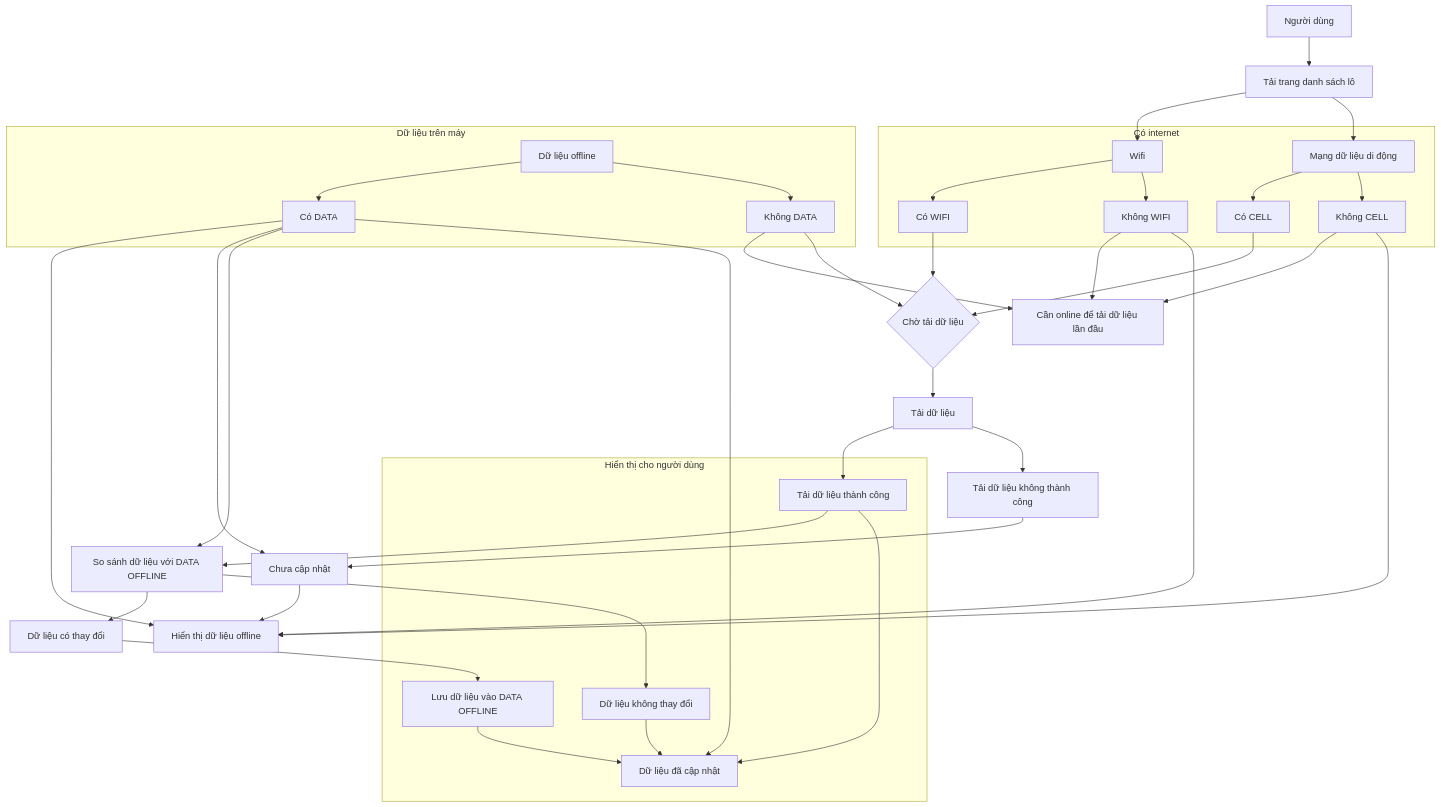
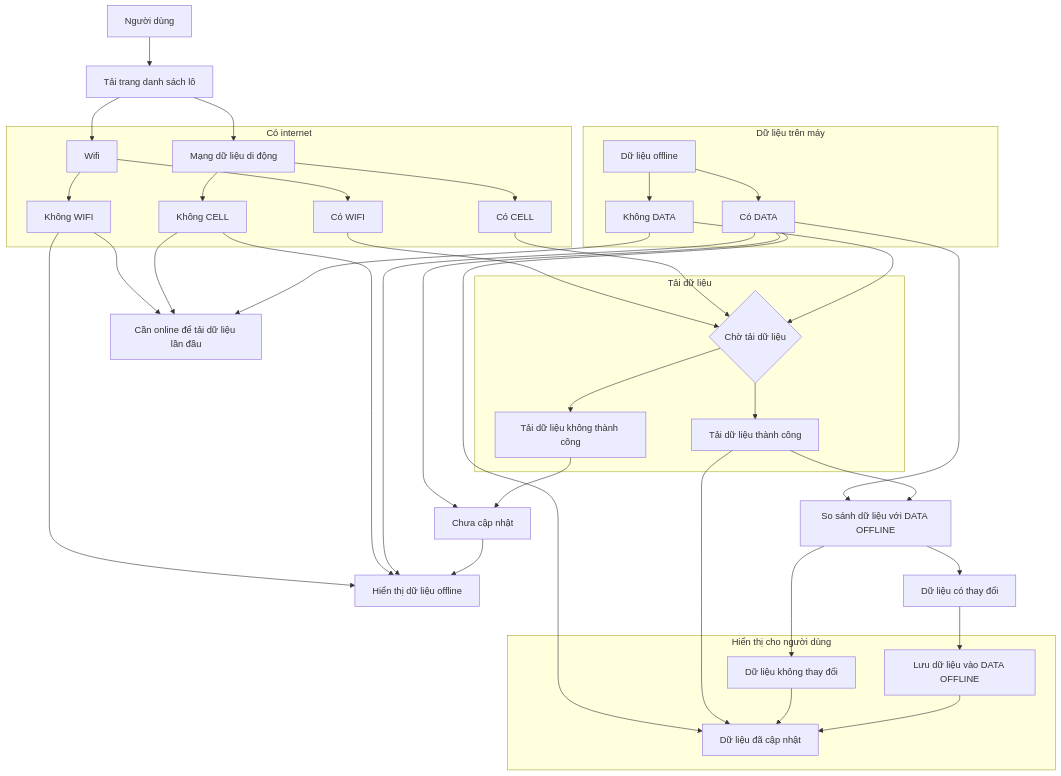
The diagram in docs/batches-flow.md (trethanhphat/tre-thanh-phat-pwa-docs), drawn with Mermaid before and after one commit.

```diff
--- a/docs/batches-flow.md
+++ b/docs/batches-flow.md
@@ -40,11 +40,7 @@
 CELL-N --> EMPTY
 DATA-N --> EMPTY
 
-WAIT{"Chờ tải dữ liệu"}
 
-WIFI-Y --> WAIT
-CELL-Y --> WAIT
-DATA-N --> WAIT
 
 
 
@@ -54,17 +50,17 @@
 CELL-N --> OFFLINE
 DATA-Y --> OFFLINE
 
-FETCH["Tải dữ liệu"]
-
-WAIT --> FETCH
 
 
-FETCH-Y["Tải dữ liệu thành công"]
-FETCH-N["Tải dữ liệu không thành công"]
+subgraph FETCH["Tải dữ liệu"]
+WAIT{"Chờ tải dữ liệu"}
+    WIFI-Y --> WAIT
+    CELL-Y --> WAIT
+    DATA-N --> WAIT
 
-FETCH --> FETCH-Y
-FETCH --> FETCH-N
-
+    WAIT --> FETCH-Y["Tải dữ liệu thành công"]
+    WAIT --> FETCH-N["Tải dữ liệu không thành công"]
+end
 
 
 FAIL["Chưa cập nhật"]
```
